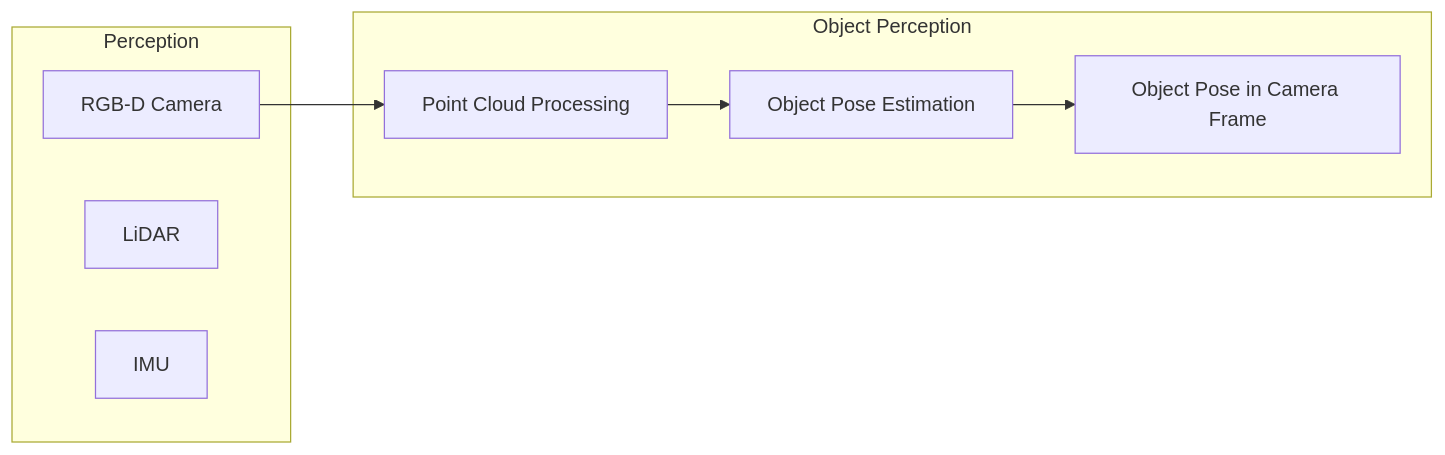
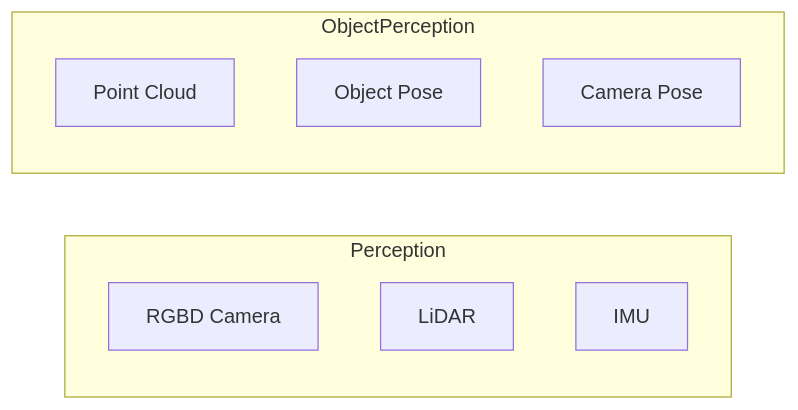
Before and after one commit to SeasonedLeo/RAS_Mobile_Robotics_Vision: the diagram in project/report1.md, drawn with Mermaid.

Commit message:
in process of debugging mermaid diagram

````diff
--- a/project/report1.md
+++ b/project/report1.md
@@ -90,20 +90,15 @@
 ```mermaid
 flowchart LR
 
-  subgraph P[Perception]
-    RGBD[RGB-D Camera]
+  subgraph Perception
+    RGBD[RGBD Camera]
     LIDAR[LiDAR]
     IMU[IMU]
   end
 
-  subgraph OBJ[Object Perception]
-    PCP[Point Cloud Processing]
-    OPE[Object Pose Estimation]
-    OBJ_CAM[Object Pose in Camera Frame]
+  subgraph ObjectPerception
+    PCP[Point Cloud]
+    OPE[Object Pose]
+    OBJ_CAM[Camera Pose]
   end
-
-  RGBD --> PCP
-  PCP --> OPE
-  OPE --> OBJ_CAM
-
-``` 
+```
````
